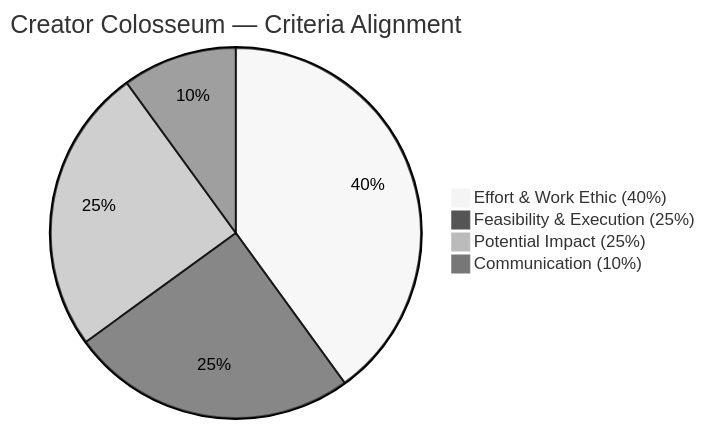
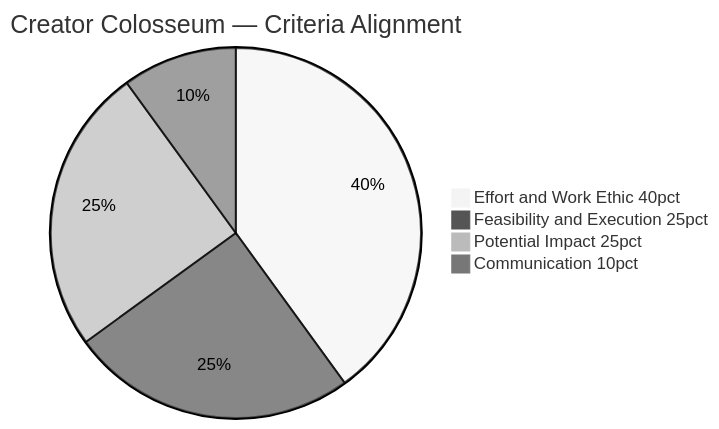
Before and after one commit to Iceman-Dann/UnDenied: diagram 13 of 13 in README.md, drawn with Mermaid (neutral theme). The commit also changed other lines of this file, not shown here.

````diff
--- a/README.md
+++ b/README.md
@@ -362,7 +358,7 @@
 ```mermaid
 pie title Creator Colosseum — Criteria Alignment
-    "Effort & Work Ethic (40%)" : 40
-    "Feasibility & Execution (25%)" : 25
-    "Potential Impact (25%)" : 25
-    "Communication (10%)" : 10
+    "Effort and Work Ethic 40pct" : 40
+    "Feasibility and Execution 25pct" : 25
+    "Potential Impact 25pct" : 25
+    "Communication 10pct" : 10
 ```
````
